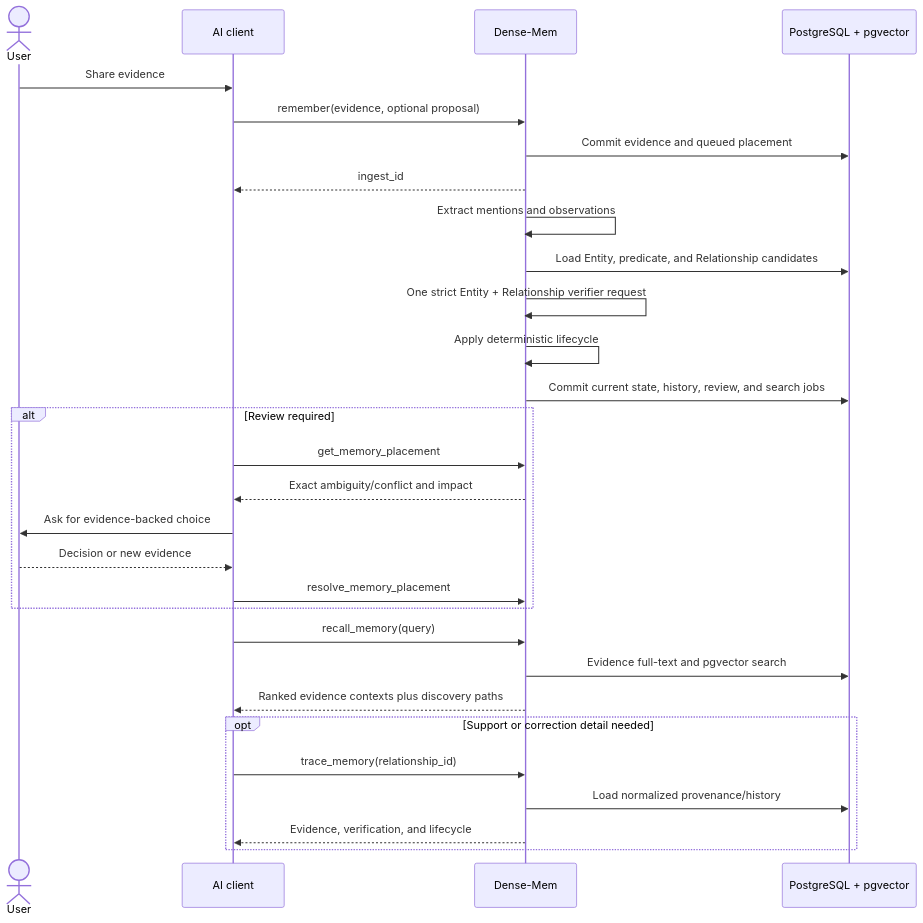
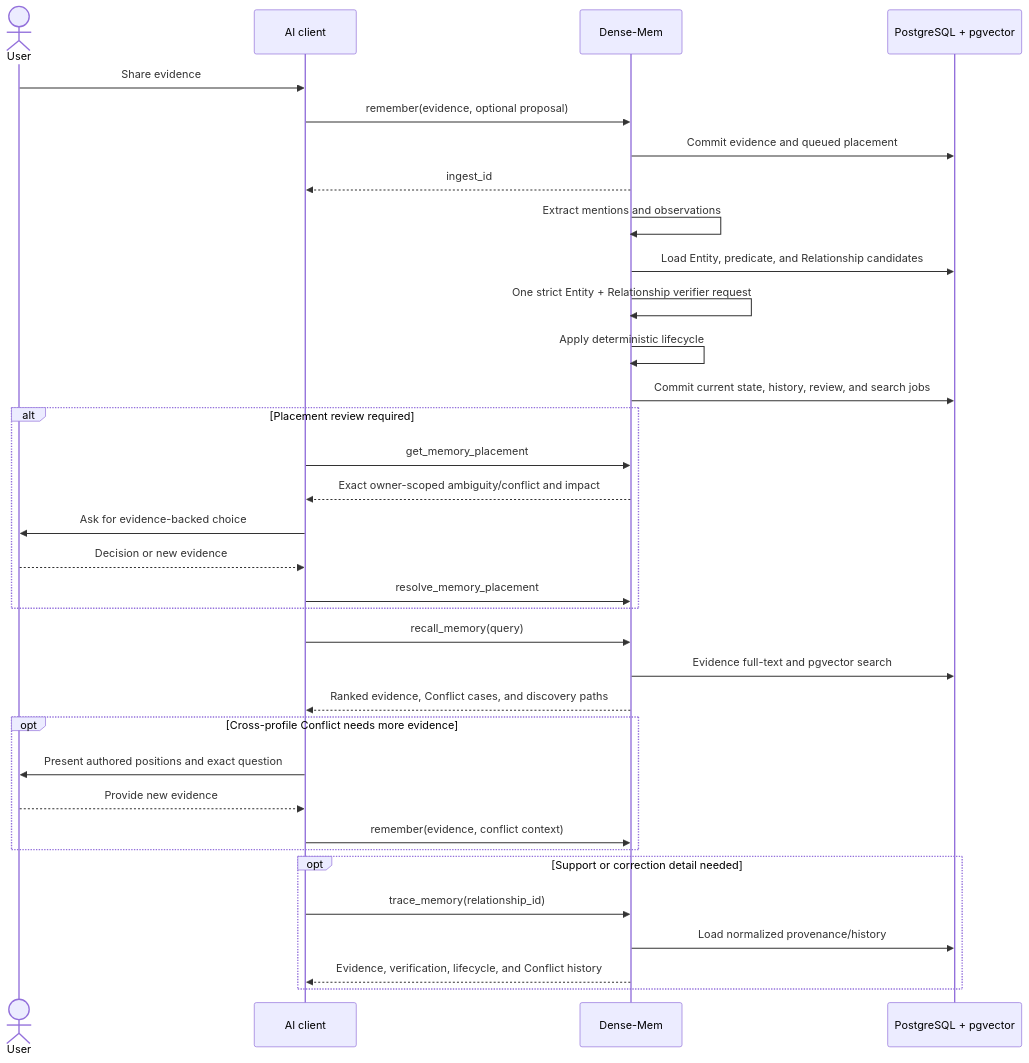
Before and after one commit to markhuangai/dense-mem: the first of 3 diagrams in Home.md, drawn with Mermaid. The commit also changed other lines of this file and 22 other files, not shown here.

Commit message:
Document durable cross-profile conflict review

````diff
--- a/Home.md
+++ b/Home.md
@@ -26,33 +26,38 @@
 ```mermaid
 %%{init: {"sequence": {"rightAngles": true}}}%%
 sequenceDiagram
   actor User
   participant Host as AI client
   participant DM as Dense-Mem
   participant PG as PostgreSQL + pgvector
 
   User->>Host: Share evidence
   Host->>DM: remember(evidence, optional proposal)
   DM->>PG: Commit evidence and queued placement
   DM-->>Host: ingest_id
   DM->>DM: Extract mentions and observations
   DM->>PG: Load Entity, predicate, and Relationship candidates
   DM->>DM: One strict Entity + Relationship verifier request
   DM->>DM: Apply deterministic lifecycle
   DM->>PG: Commit current state, history, review, and search jobs
-  alt Review required
+  alt Placement review required
     Host->>DM: get_memory_placement
-    DM-->>Host: Exact ambiguity/conflict and impact
+    DM-->>Host: Exact owner-scoped ambiguity/conflict and impact
     Host->>User: Ask for evidence-backed choice
     User-->>Host: Decision or new evidence
     Host->>DM: resolve_memory_placement
   end
   Host->>DM: recall_memory(query)
   DM->>PG: Evidence full-text and pgvector search
-  DM-->>Host: Ranked evidence contexts plus discovery paths
+  DM-->>Host: Ranked evidence, Conflict cases, and discovery paths
+  opt Cross-profile Conflict needs more evidence
+    Host->>User: Present authored positions and exact question
+    User-->>Host: Provide new evidence
+    Host->>DM: remember(evidence, conflict context)
+  end
   opt Support or correction detail needed
     Host->>DM: trace_memory(relationship_id)
     DM->>PG: Load normalized provenance/history
-    DM-->>Host: Evidence, verification, and lifecycle
+    DM-->>Host: Evidence, verification, lifecycle, and Conflict history
   end
 ```
````
